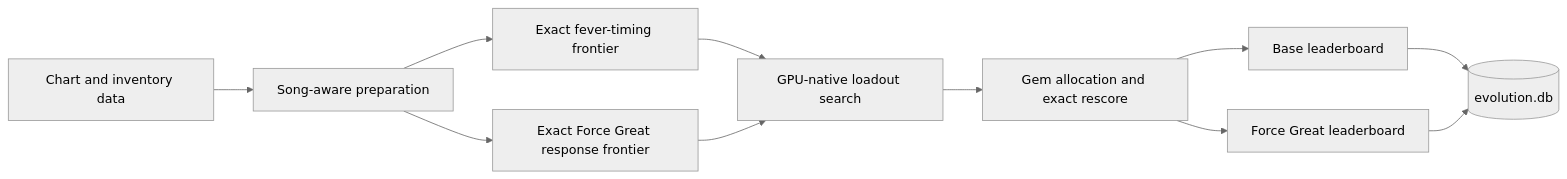
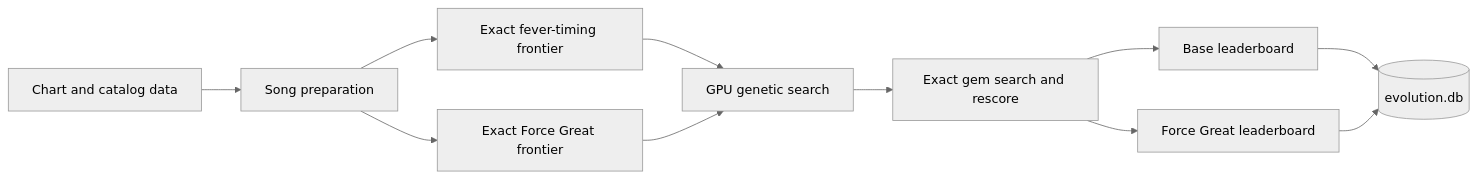
The diagram in README.md (TheBaconactor/RoBeats-Calculator-Engine), drawn with Mermaid (neutral theme) before and after one commit. The commit also changed other lines of this file and 18 other files, not shown here.

````diff
--- a/README.md
+++ b/README.md
@@ -187,13 +112,13 @@
 ```mermaid
 flowchart LR
-    A["Chart and inventory data"] --> B["Song-aware preparation"]
+    A["Chart and catalog data"] --> B["Song preparation"]
     B --> C["Exact fever-timing frontier"]
-    B --> D["Exact Force Great response frontier"]
-    C --> E["GPU-native loadout search"]
+    B --> D["Exact Force Great frontier"]
+    C --> E["GPU genetic search"]
     D --> E
-    E --> F["Gem allocation and exact rescore"]
+    E --> F["Exact gem search and rescore"]
     F --> G["Base leaderboard"]
     F --> H["Force Great leaderboard"]
     G --> I[("evolution.db")]
     H --> I
 ```
````
